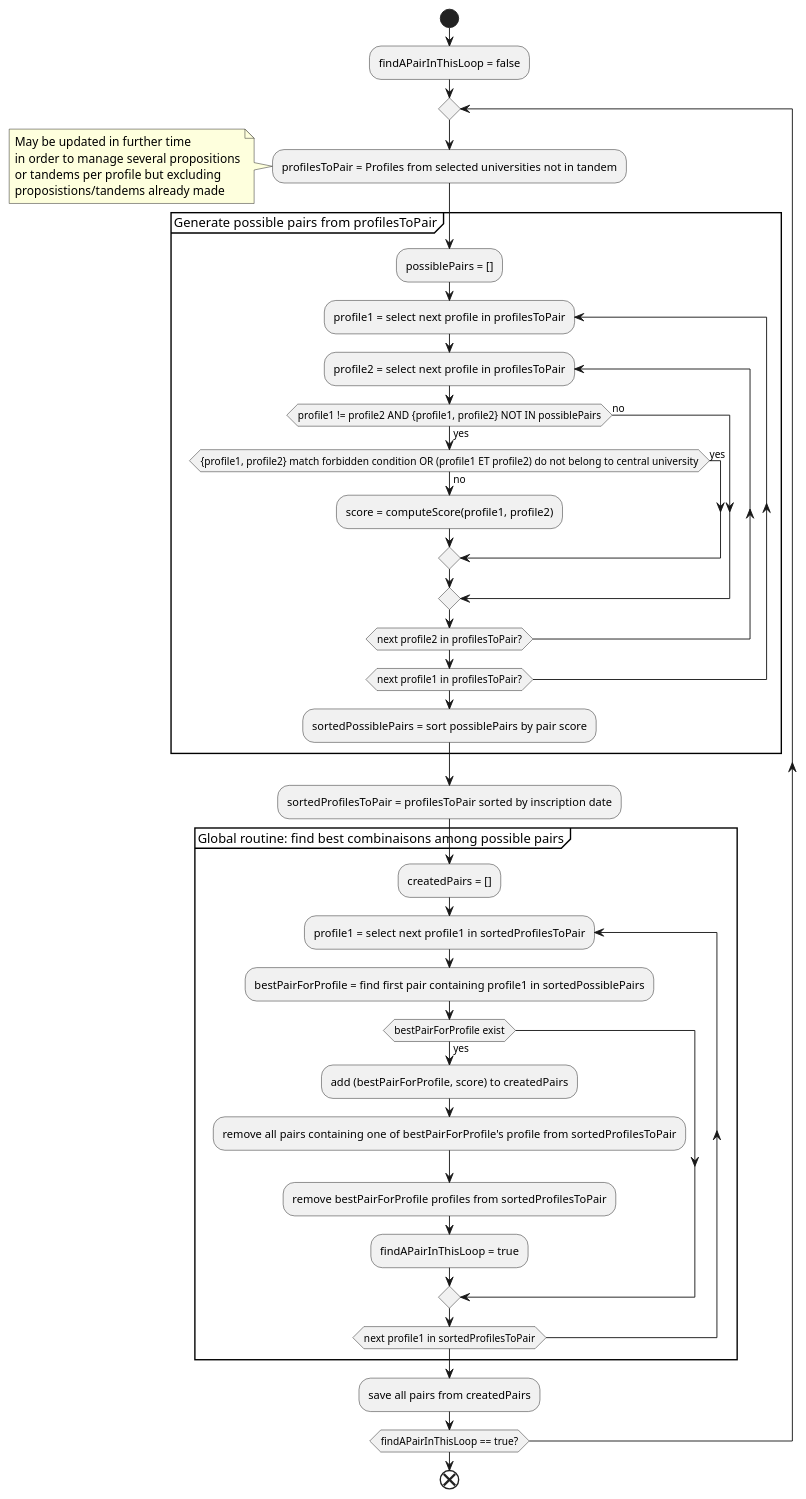
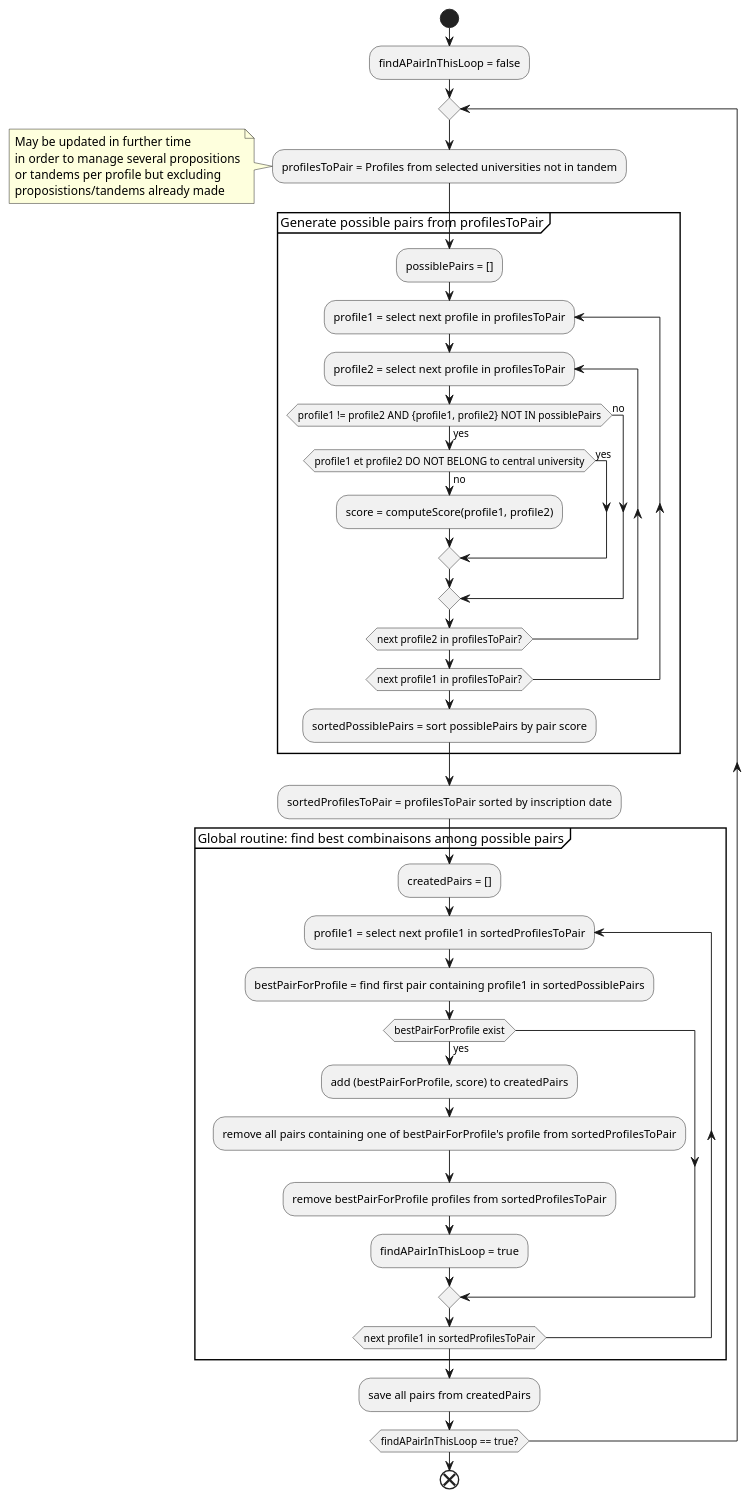
The second of 5 diagrams in docs/generateTandemsRoutines.md (univlorraine/ulep), drawn with PlantUML before and after one commit. The commit also changed other lines of this file, not shown here.

````diff
--- a/docs/generateTandemsRoutines.md
+++ b/docs/generateTandemsRoutines.md
@@ -45,53 +74,53 @@
 ```plantuml
 start
 :findAPairInThisLoop = false;
 
 repeat
     :profilesToPair = Profiles from selected universities not in tandem;
     note
         May be updated in further time
         in order to manage several propositions
         or tandems per profile but excluding
         proposistions/tandems already made
     endnote
 
 
     group Generate possible pairs from profilesToPair
         :possiblePairs = [];
         repeat :profile1 = select next profile in profilesToPair;
             repeat :profile2 = select next profile in profilesToPair;
                 if (profile1 != profile2 AND {profile1, profile2} NOT IN possiblePairs) then (yes)
-                    if ({profile1, profile2} match forbidden condition OR (profile1 ET profile2) do not belong to central university) then (no) 
+                    if (profile1 et profile2 DO NOT BELONG to central university) then (no) 
                         :score = computeScore(profile1, profile2);
                     else (yes)
                     endif
                 else (no)
                 endif
             repeat while (next profile2 in profilesToPair?)
         repeat while (next profile1 in profilesToPair?)
         :sortedPossiblePairs = sort possiblePairs by pair score;
     end group
 
     :sortedProfilesToPair = profilesToPair sorted by inscription date;
 
     group Global routine: find best combinaisons among possible pairs
         :createdPairs = [];
         repeat :profile1 = select next profile1 in sortedProfilesToPair;
             :bestPairForProfile = find first pair containing profile1 in sortedPossiblePairs;
 
             if (bestPairForProfile exist) then (yes)
                 :add (bestPairForProfile, score) to createdPairs;
                 :remove all pairs containing one of bestPairForProfile's profile from sortedProfilesToPair;
                 :remove bestPairForProfile profiles from sortedProfilesToPair;
 
                 :findAPairInThisLoop = true;
             ' TODO: check if should not break the main loop in else case
             endif
         repeat while (next profile1 in sortedProfilesToPair)
     end group
 
     :save all pairs from createdPairs;
 repeat while (findAPairInThisLoop == true?)
 
 end
 ```
````
